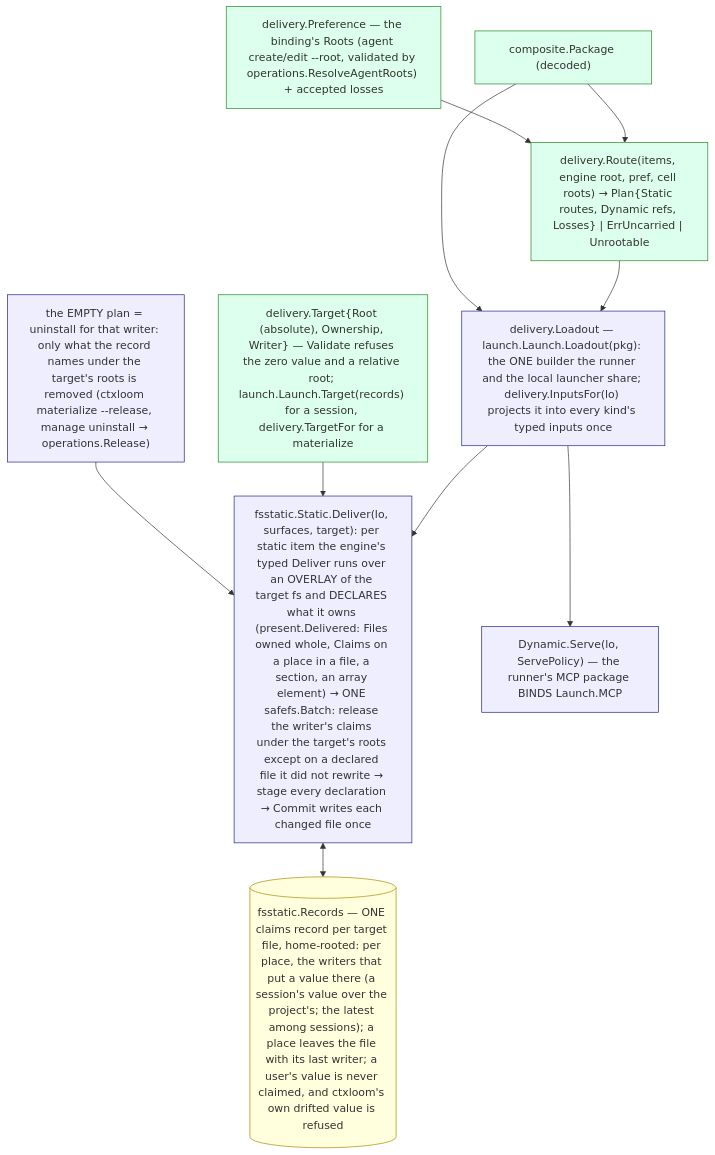
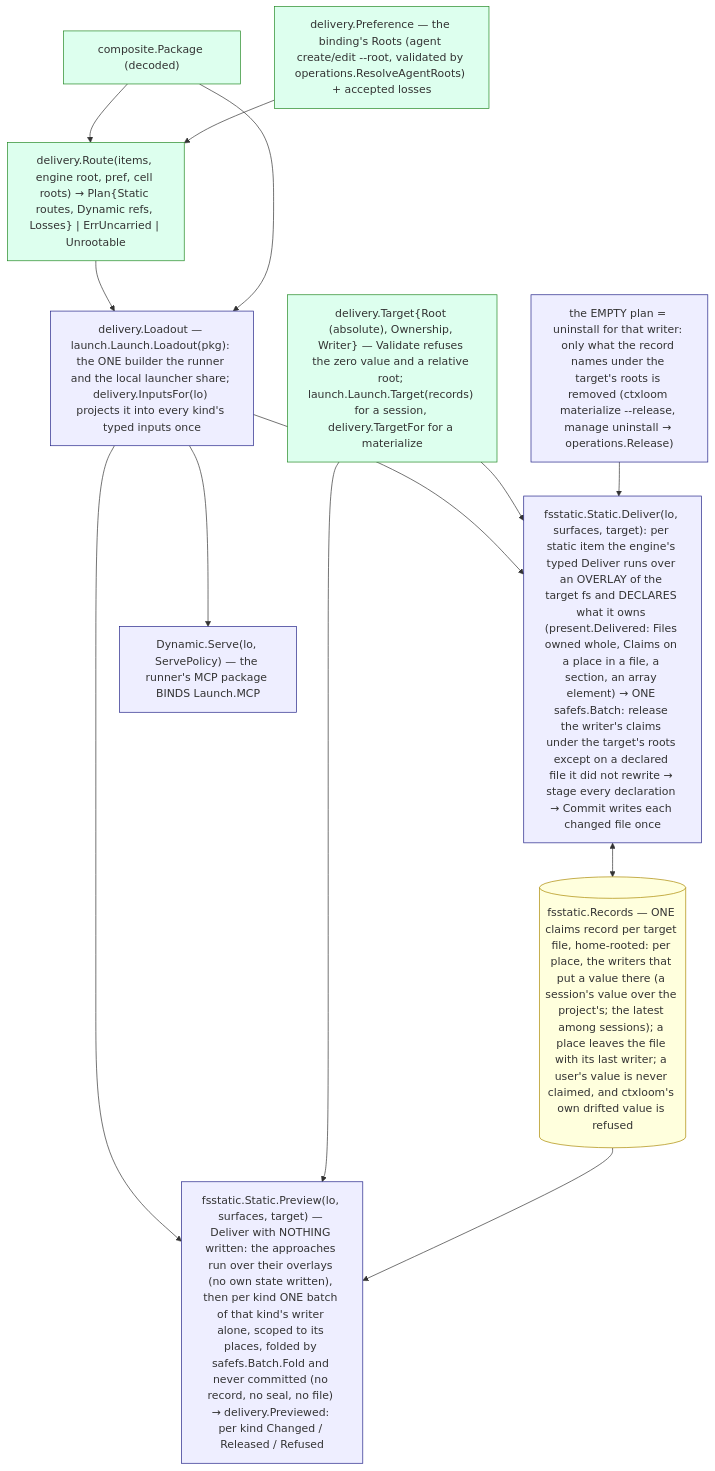
The diagram in docs/architecture/core/delivery.md (ctxloom/ctxloom), drawn with Mermaid before and after one commit. The commit also changed other lines of this file and 9 other files, not shown here.

````diff
--- a/docs/architecture/core/delivery.md
+++ b/docs/architecture/core/delivery.md
@@ -12,26 +12,30 @@
 ```mermaid
 flowchart TB
     classDef decide fill:#dfe,stroke:#282
     classDef consume fill:#eef,stroke:#228
     classDef store fill:#ffd,stroke:#a80
 
     PKG["composite.Package (decoded)"]:::decide
     PREF["delivery.Preference — the binding's Roots (agent create/edit --root, validated by operations.ResolveAgentRoots) + accepted losses"]:::decide
     ROUTE["delivery.Route(items, engine root, pref, cell roots) → Plan{Static routes, Dynamic refs, Losses} | ErrUncarried | Unrootable"]:::decide
     LO["delivery.Loadout — launch.Launch.Loadout(pkg): the ONE builder the runner and the local launcher share; delivery.InputsFor(lo) projects it into every kind's typed inputs once"]:::consume
     TGT["delivery.Target{Root (absolute), Ownership, Writer} — Validate refuses the zero value and a relative root; launch.Launch.Target(records) for a session, delivery.TargetFor for a materialize"]:::decide
     STATIC["fsstatic.Static.Deliver(lo, surfaces, target): per static item the engine's typed Deliver runs over an OVERLAY of the target fs and DECLARES what it owns (present.Delivered: Files owned whole, Claims on a place in a file, a section, an array element) → ONE safefs.Batch: release the writer's claims under the target's roots except on a declared file it did not rewrite → stage every declaration → Commit writes each changed file once"]:::consume
+    PREVIEW["fsstatic.Static.Preview(lo, surfaces, target) — Deliver with NOTHING written: the approaches run over their overlays (no own state written), then per kind ONE batch of that kind's writer alone, scoped to its places, folded by safefs.Batch.Fold and never committed (no record, no seal, no file) → delivery.Previewed: per kind Changed / Released / Refused"]:::consume
     REC[("fsstatic.Records — ONE claims record per target file, home-rooted: per place, the writers that put a value there (a session's value over the project's; the latest among sessions); a place leaves the file with its last writer; a user's value is never claimed, and ctxloom's own drifted value is refused")]:::store
     DYN["Dynamic.Serve(lo, ServePolicy) — the runner's MCP package BINDS Launch.MCP"]:::consume
     EMPTY["the EMPTY plan = uninstall for that writer: only what the record names under the target's roots is removed (ctxloom materialize --release, manage uninstall → operations.Release)"]:::consume
 
     PKG --> ROUTE
     PREF --> ROUTE
     ROUTE --> LO
     PKG --> LO
     LO --> STATIC
     TGT --> STATIC
     STATIC <--> REC
+    LO --> PREVIEW
+    TGT --> PREVIEW
+    REC --> PREVIEW
     LO --> DYN
     EMPTY --> STATIC
 ```
````
